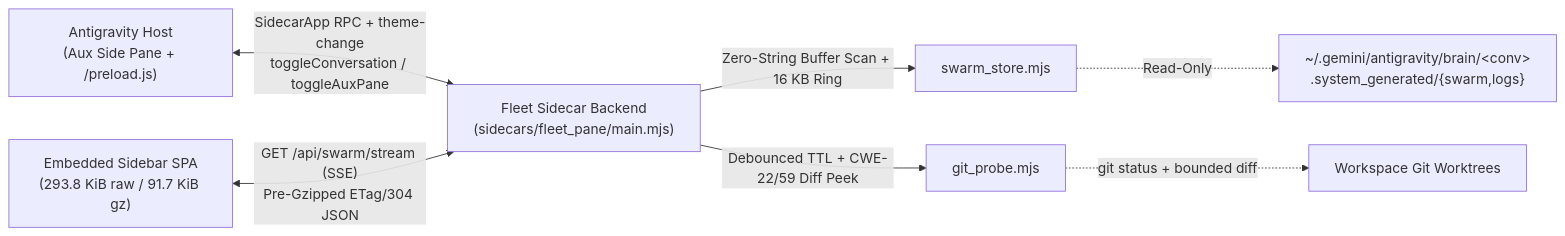
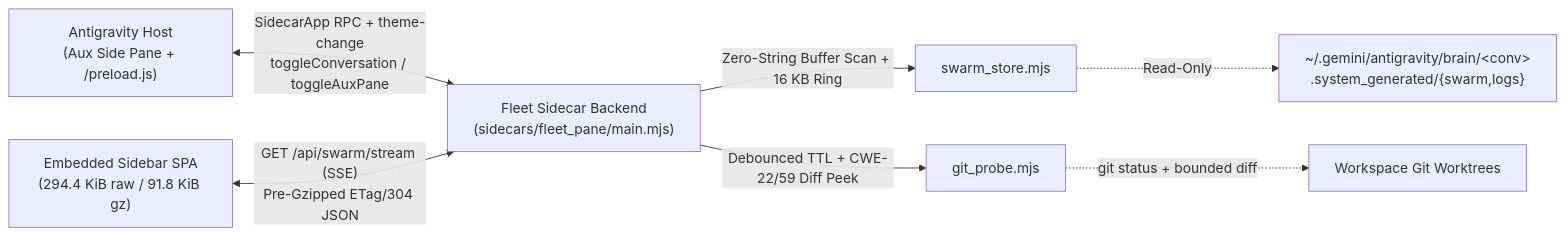
One commit to cayleb-james2008/dsh-fleet changed the diagram in README.md. Above: the diagram before and after it, drawn with Mermaid. The commit also changed other lines of this file and 28 other files, not shown here.

````diff
--- a/README.md
+++ b/README.md
@@ -84,9 +84,9 @@
 ```mermaid
 flowchart LR
     Host["Antigravity Host<br/>(Aux Side Pane + /preload.js)"] <-->|"SidecarApp RPC + theme-change<br/>toggleConversation / toggleAuxPane"| Backend["Fleet Sidecar Backend<br/>(sidecars/fleet_pane/main.mjs)"]
-    UI["Embedded Sidebar SPA<br/>(293.8 KiB raw / 91.7 KiB gz)"] <-->|"GET /api/swarm/stream (SSE)<br/>Pre-Gzipped ETag/304 JSON"| Backend
+    UI["Embedded Sidebar SPA<br/>(294.4 KiB raw / 91.8 KiB gz)"] <-->|"GET /api/swarm/stream (SSE)<br/>Pre-Gzipped ETag/304 JSON"| Backend
     Backend -->|"Zero-String Buffer Scan + 16 KB Ring"| Store["swarm_store.mjs"]
     Backend -->|"Debounced TTL + CWE-22/59 Diff Peek"| Git["git_probe.mjs"]
     Store -.->|"Read-Only"| Brain["~/.gemini/antigravity/brain/&lt;conv&gt;<br/>.system_generated/{swarm,logs}"]
     Git -.->|"git status + bounded diff"| WT["Workspace Git Worktrees"]
 ```
````
